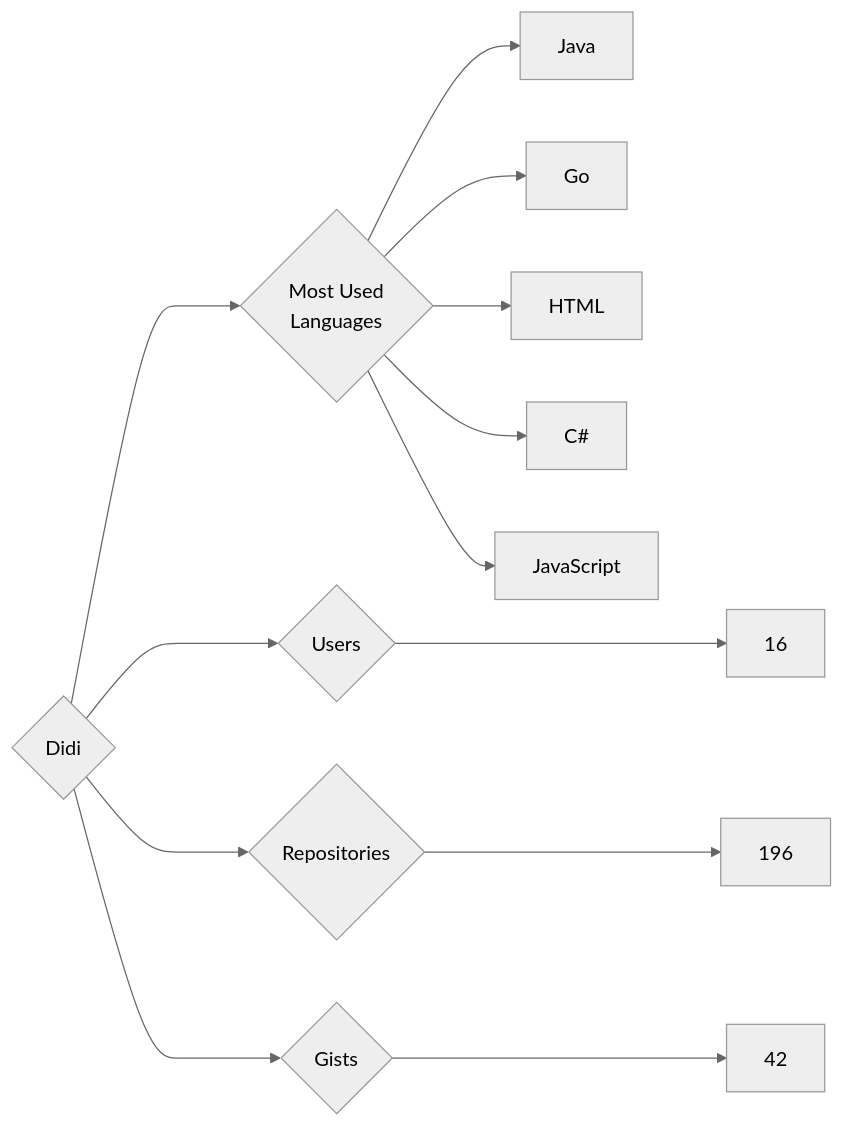
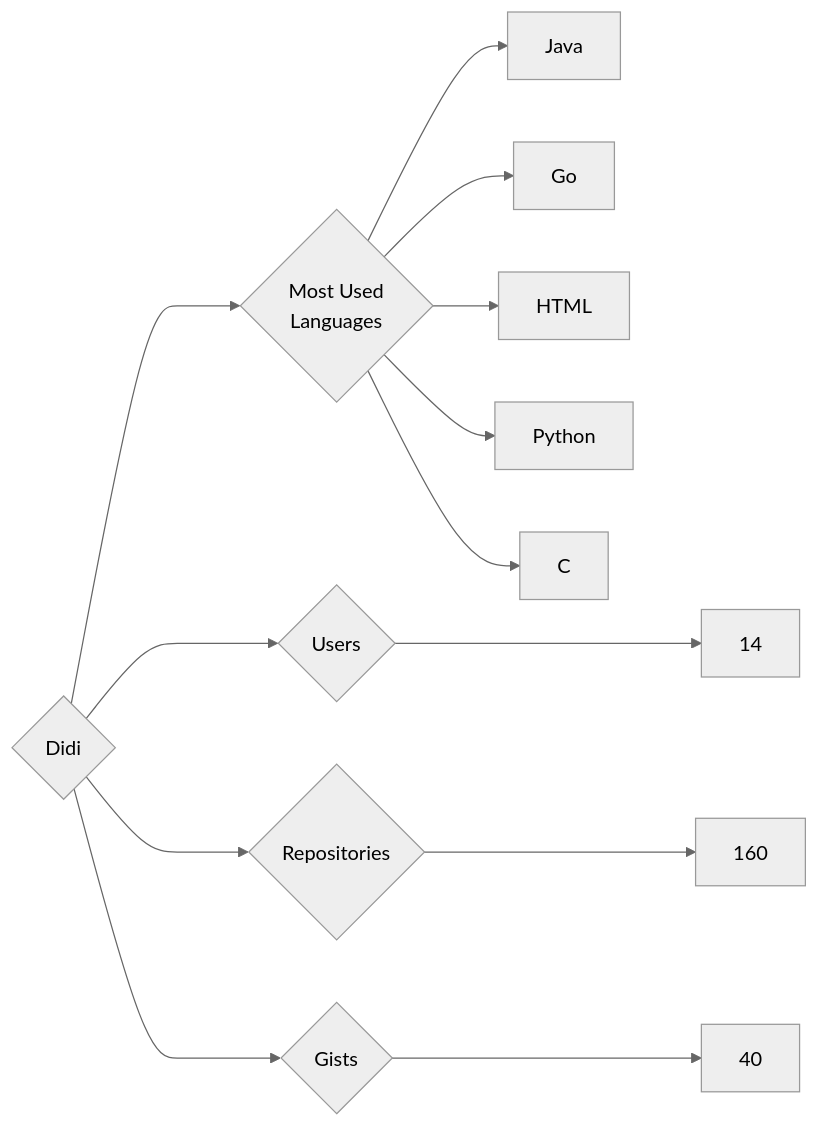
The diagram in targets/Didi/README.md (trickest/insiders), drawn with Mermaid (neutral theme) before and after one commit. The commit also changed 1238 other files, not shown here.

````diff
--- a/targets/Didi/README.md
+++ b/targets/Didi/README.md
@@ -3,13 +3,13 @@
 ```mermaid
 graph LR
 COMPANY_NAME{Didi}
-COMPANY_NAME ---> U{Users} ---> UN[16]
-COMPANY_NAME ---> R{Repositories} ---> RN[196]
-COMPANY_NAME ---> G{Gists} ---> GN[42]
+COMPANY_NAME ---> U{Users} ---> UN[14]
+COMPANY_NAME ---> R{Repositories} ---> RN[160]
+COMPANY_NAME ---> G{Gists} ---> GN[40]
 COMPANY_NAME ---> ML{Most Used<br>Languages}
 ML --> Java[Java]
 ML --> Go[Go]
 ML --> HTML[HTML]
-ML --> C#[C#]
-ML --> JavaScript[JavaScript]
+ML --> Python[Python]
+ML --> C[C]
 ```
````
